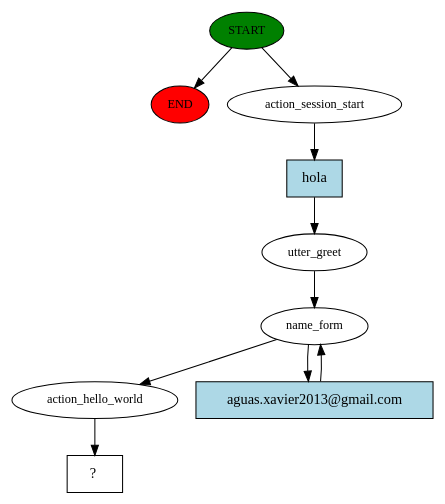
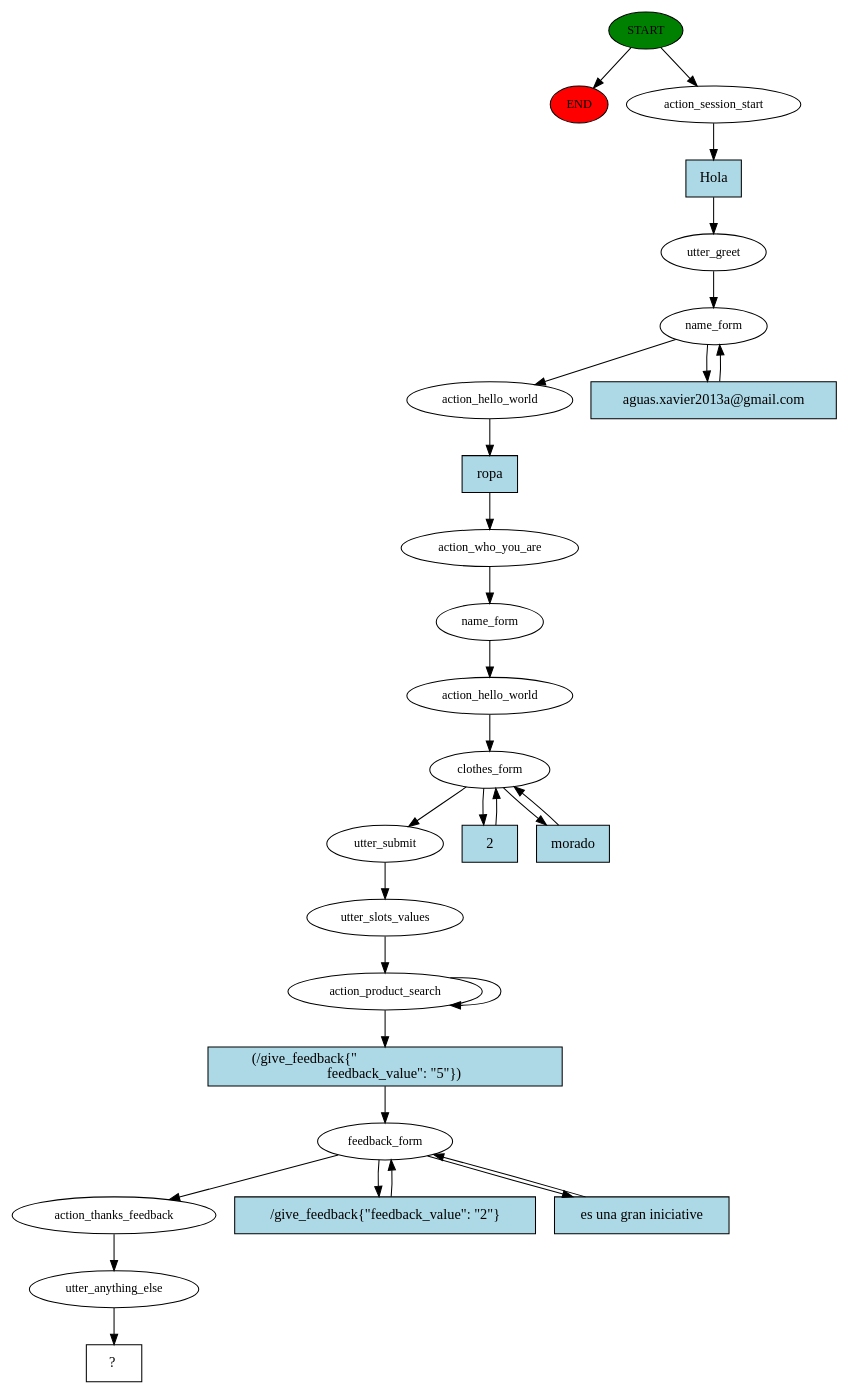
The diagram in story_graph.dot (kabirivan/Ecommerce-Assistant-Jasmine), drawn with Graphviz before and after one commit. The commit also changed 2 other files, not shown here.

```diff
--- a/story_graph.dot
+++ b/story_graph.dot
@@ -1,20 +1,57 @@
 digraph  {
 0 [class="start active", fillcolor=green, fontsize=12, label=START, style=filled];
 "-1" [class=end, fillcolor=red, fontsize=12, label=END, style=filled];
 1 [class=active, fontsize=12, label=action_session_start];
 2 [class=active, fontsize=12, label=utter_greet];
 3 [class=active, fontsize=12, label=name_form];
-7 [class=active, fontsize=12, label=action_hello_world];
-8 [class="intent dashed active", label="  ?  ", shape=rect];
-9 [class="intent active", fillcolor=lightblue, label=hola, shape=rect, style=filled];
-10 [class="intent active", fillcolor=lightblue, label="aguas.xavier2013@gmail.com", shape=rect, style=filled];
+6 [class=active, fontsize=12, label=action_hello_world];
+7 [class=active, fontsize=12, label=action_who_you_are];
+8 [class=active, fontsize=12, label=name_form];
+9 [class=active, fontsize=12, label=action_hello_world];
+10 [class=active, fontsize=12, label=clothes_form];
+15 [class=active, fontsize=12, label=utter_submit];
+16 [class=active, fontsize=12, label=utter_slots_values];
+17 [class=active, fontsize=12, label=action_product_search];
+19 [class=active, fontsize=12, label=feedback_form];
+22 [class=active, fontsize=12, label=action_thanks_feedback];
+23 [class=active, fontsize=12, label=utter_anything_else];
+24 [class="intent dashed active", label="  ?  ", shape=rect];
+25 [class="intent active", fillcolor=lightblue, label=Hola, shape=rect, style=filled];
+26 [class="intent active", fillcolor=lightblue, label="aguas.xavier2013a@gmail.com", shape=rect, style=filled];
+27 [class="intent active", fillcolor=lightblue, label=ropa, shape=rect, style=filled];
+28 [class="intent active", fillcolor=lightblue, label=2, shape=rect, style=filled];
+29 [class="intent active", fillcolor=lightblue, label=morado, shape=rect, style=filled];
+30 [class="intent active", fillcolor=lightblue, label="(/give_feedback{\"                                             \n      feedback_value\": \"5\"})", shape=rect, style=filled];
+31 [class="intent active", fillcolor=lightblue, label="/give_feedback{\"feedback_value\": \"2\"}", shape=rect, style=filled];
+32 [class="intent active", fillcolor=lightblue, label="es una gran iniciative", shape=rect, style=filled];
 0 -> "-1"  [class="", key=NONE, label=""];
 0 -> 1  [class=active, key=NONE, label=""];
-1 -> 9  [class=active, key=0];
+1 -> 25  [class=active, key=0];
 2 -> 3  [class=active, key=NONE, label=""];
-3 -> 7  [class=active, key=NONE, label=""];
-3 -> 10  [class=active, key=0];
+3 -> 6  [class=active, key=NONE, label=""];
+3 -> 26  [class=active, key=0];
+6 -> 27  [class=active, key=0];
 7 -> 8  [class=active, key=NONE, label=""];
-9 -> 2  [class=active, key=0];
-10 -> 3  [class=active, key=0];
+8 -> 9  [class=active, key=NONE, label=""];
+9 -> 10  [class=active, key=NONE, label=""];
+10 -> 15  [class=active, key=NONE, label=""];
+10 -> 28  [class=active, key=0];
+10 -> 29  [class=active, key=0];
+15 -> 16  [class=active, key=NONE, label=""];
+16 -> 17  [class=active, key=NONE, label=""];
+17 -> 17  [class=active, key=NONE, label=""];
+17 -> 30  [class=active, key=0];
+19 -> 22  [class=active, key=NONE, label=""];
+19 -> 31  [class=active, key=0];
+19 -> 32  [class=active, key=0];
+22 -> 23  [class=active, key=NONE, label=""];
+23 -> 24  [class=active, key=NONE, label=""];
+25 -> 2  [class=active, key=0];
+26 -> 3  [class=active, key=0];
+27 -> 7  [class=active, key=0];
+28 -> 10  [class=active, key=0];
+29 -> 10  [class=active, key=0];
+30 -> 19  [class=active, key=0];
+31 -> 19  [class=active, key=0];
+32 -> 19  [class=active, key=0];
 }
```
